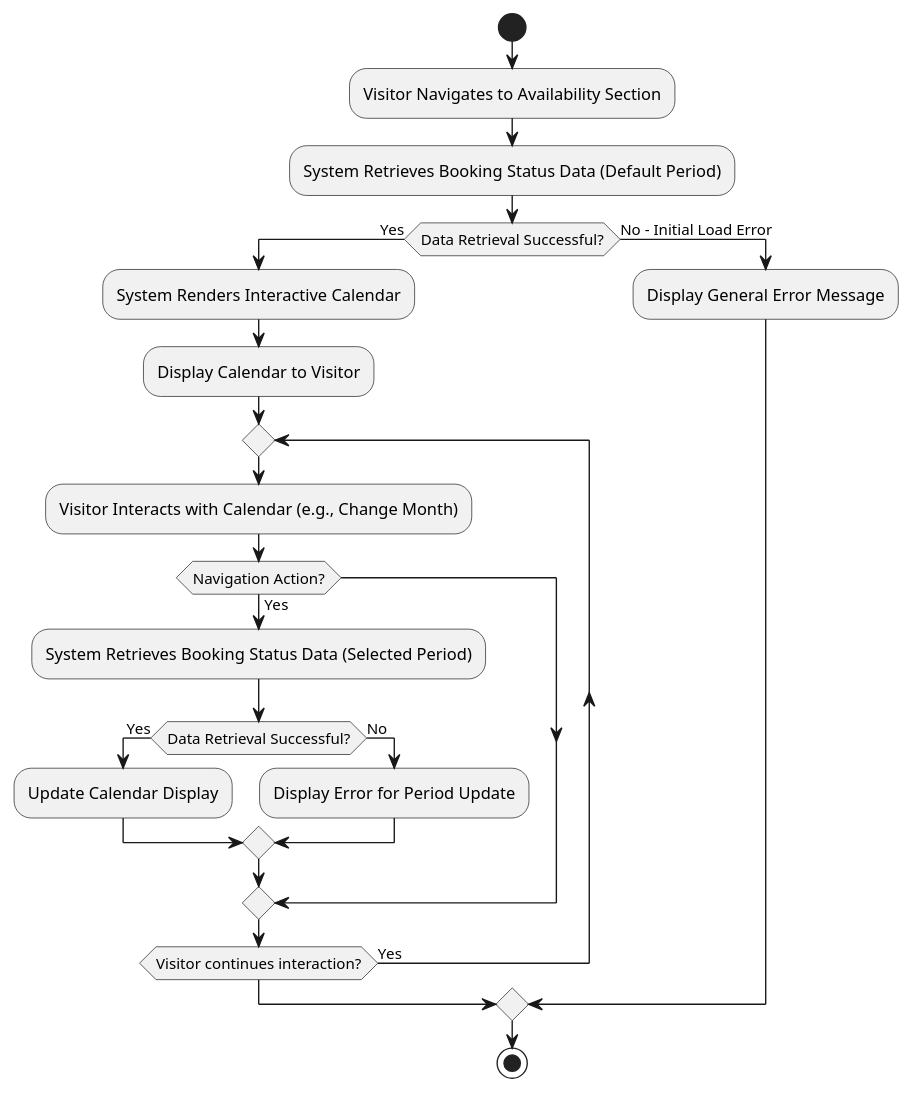
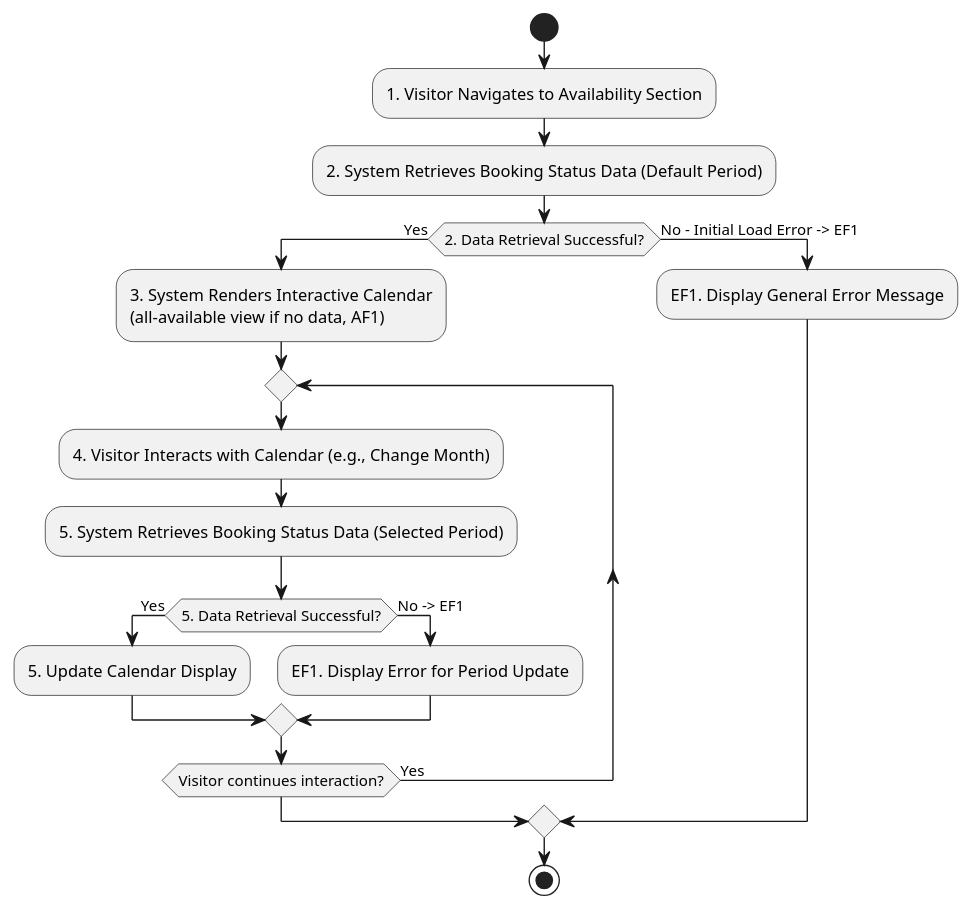
Before and after one commit to 7azmi/Al-Muneer-Portal: the seventh of 36 diagrams in Academic version/appendix: SRS.md, drawn with PlantUML. The commit also changed other lines of this file and 10 other files, not shown here.

````diff
--- a/Academic version/appendix: SRS.md
+++ b/Academic version/appendix: SRS.md
@@ -535,25 +563,23 @@
 ```plantuml
 @startuml
 start
-:Visitor Navigates to Availability Section;
-:System Retrieves Booking Status Data (Default Period);
-if (Data Retrieval Successful?) then (Yes)
-  :System Renders Interactive Calendar;
-  :Display Calendar to Visitor;
+:1. Visitor Navigates to Availability Section;
+:2. System Retrieves Booking Status Data (Default Period);
+if (2. Data Retrieval Successful?) then (Yes)
+  :3. System Renders Interactive Calendar
+  (all-available view if no data, AF1);
   repeat
-    :Visitor Interacts with Calendar (e.g., Change Month);
-    if (Navigation Action?) then (Yes)
-      :System Retrieves Booking Status Data (Selected Period);
-      if (Data Retrieval Successful?) then (Yes)
-        :Update Calendar Display;
-      else (No)
-        :Display Error for Period Update;
-      endif
+    :4. Visitor Interacts with Calendar (e.g., Change Month);
+    :5. System Retrieves Booking Status Data (Selected Period);
+    if (5. Data Retrieval Successful?) then (Yes)
+      :5. Update Calendar Display;
+    else (No -> EF1)
+      :EF1. Display Error for Period Update;
     endif
   repeat while (Visitor continues interaction?) is (Yes)
-else (No - Initial Load Error)
-  :Display General Error Message;
+else (No - Initial Load Error -> EF1)
+  :EF1. Display General Error Message;
 endif
 stop
 @enduml
 ```
````
